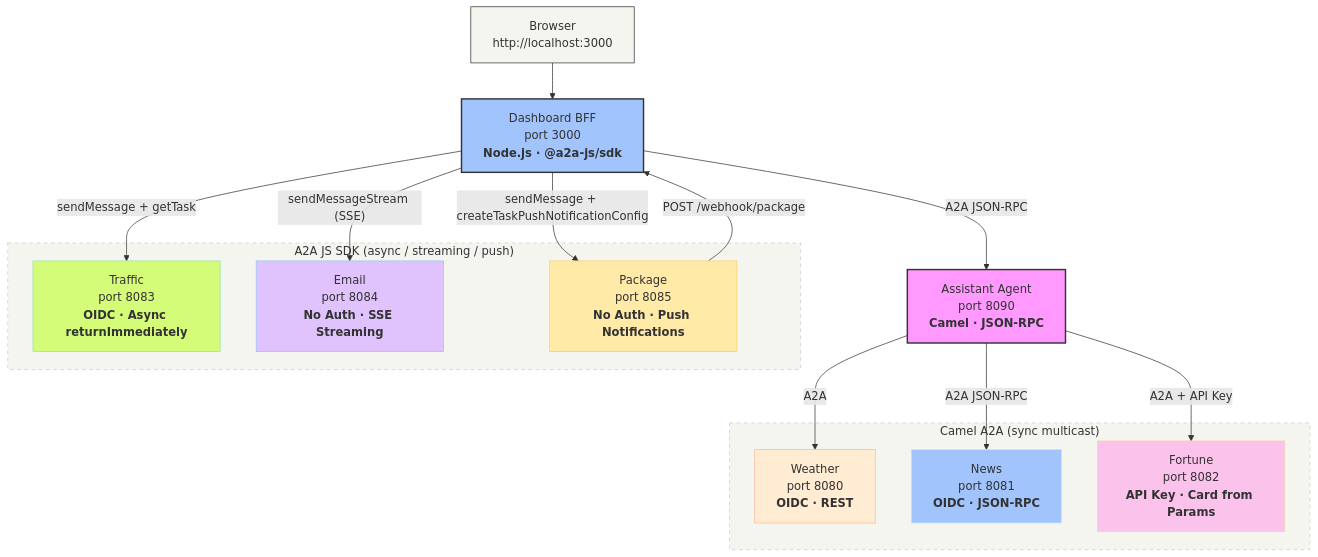
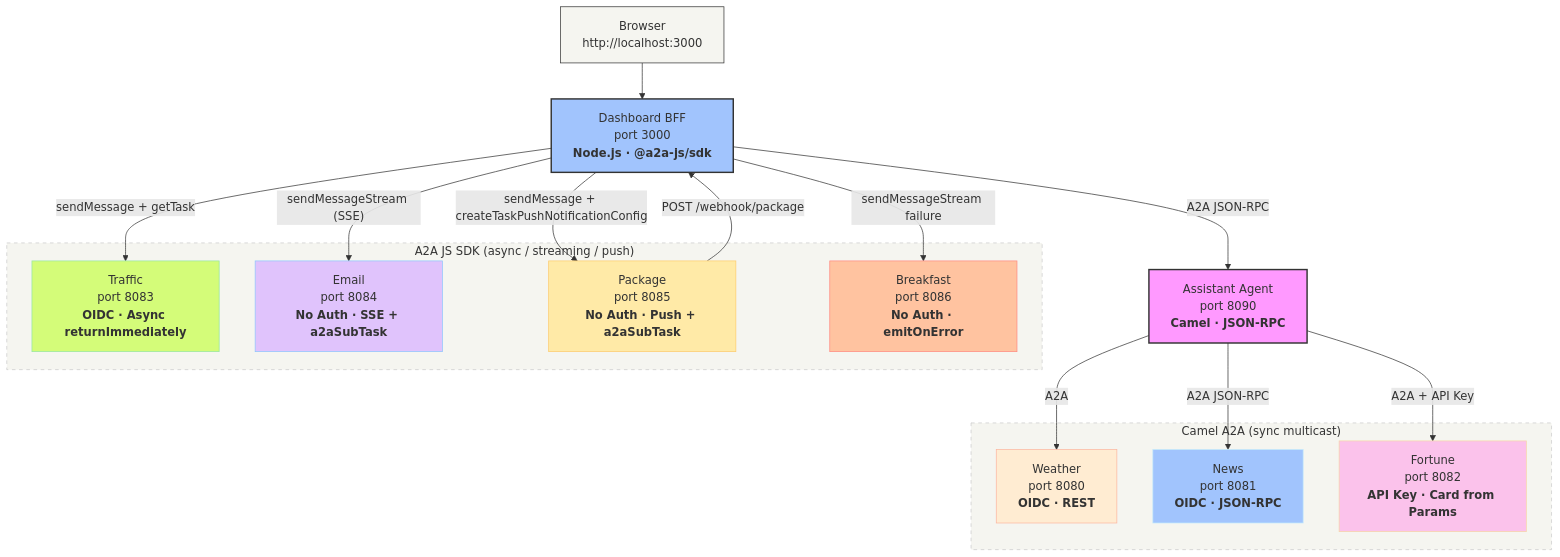
The diagram in README.md (luigidemasi/camel-a2a-morning-routine), drawn with Mermaid before and after one commit. The commit also changed other lines of this file and 82 other files, not shown here.

````diff
--- a/README.md
+++ b/README.md
@@ -25,42 +26,45 @@
 ```mermaid
 graph TB
     Browser["Browser<br/>http://localhost:3000"]
     BFF["Dashboard BFF<br/>port 3000<br/><b>Node.js · @a2a-js/sdk</b>"]
     Assistant["Assistant Agent<br/>port 8090<br/><b>Camel · JSON-RPC</b>"]
 
     Browser --> BFF
 
     subgraph camel ["Camel A2A (sync multicast)"]
         Weather["Weather<br/>port 8080<br/><b>OIDC · REST</b>"]
         News["News<br/>port 8081<br/><b>OIDC · JSON-RPC</b>"]
         Fortune["Fortune<br/>port 8082<br/><b>API Key · Card from Params</b>"]
     end
 
     subgraph jssdk ["A2A JS SDK (async / streaming / push)"]
         Traffic["Traffic<br/>port 8083<br/><b>OIDC · Async returnImmediately</b>"]
-        Email["Email<br/>port 8084<br/><b>No Auth · SSE Streaming</b>"]
-        Package["Package<br/>port 8085<br/><b>No Auth · Push Notifications</b>"]
+        Email["Email<br/>port 8084<br/><b>No Auth · SSE + a2aSubTask</b>"]
+        Package["Package<br/>port 8085<br/><b>No Auth · Push + a2aSubTask</b>"]
+        Breakfast["Breakfast<br/>port 8086<br/><b>No Auth · emitOnError</b>"]
     end
 
     BFF -- "A2A JSON-RPC" --> Assistant
     Assistant -- "A2A" --> Weather
     Assistant -- "A2A JSON-RPC" --> News
     Assistant -- "A2A + API Key" --> Fortune
 
     BFF -- "sendMessage + getTask" --> Traffic
     BFF -- "sendMessageStream (SSE)" --> Email
     BFF -- "sendMessage + createTaskPushNotificationConfig" --> Package
+    BFF -- "sendMessageStream failure" --> Breakfast
     Package -- "POST /webhook/package" --> BFF
 
     style Browser fill:#f5f5f0,stroke:#333
     style BFF fill:#a1c4fd,stroke:#333,stroke-width:2px
     style Assistant fill:#f9f,stroke:#333,stroke-width:2px
     style Weather fill:#ffecd2,stroke:#fcb69f
     style News fill:#a1c4fd,stroke:#c2e9fb
     style Fortune fill:#fbc2eb,stroke:#f6d5a8
     style Traffic fill:#d4fc79,stroke:#96e6a1
     style Email fill:#e0c3fc,stroke:#8ec5fc
     style Package fill:#ffeaa7,stroke:#fdcb6e
+    style Breakfast fill:#ffc3a0,stroke:#ff8a80
     style camel fill:#f5f5f0,stroke:#ccc,stroke-dasharray: 5 5
     style jssdk fill:#f5f5f0,stroke:#ccc,stroke-dasharray: 5 5
 ```
````
